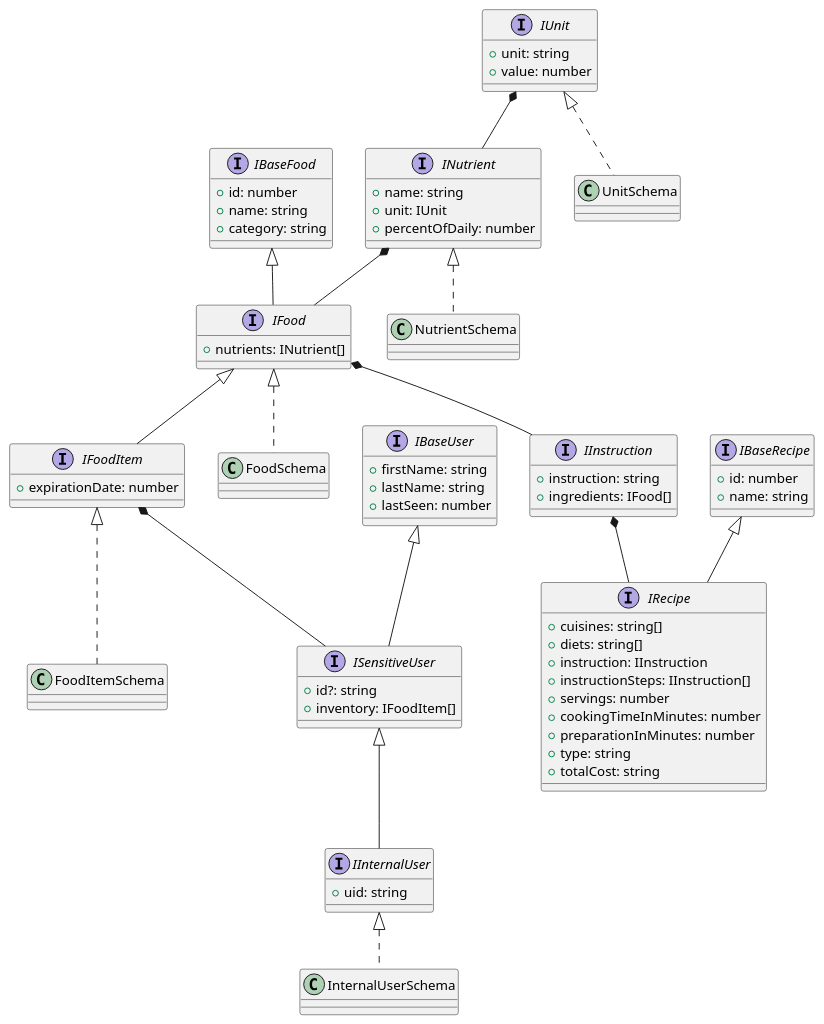
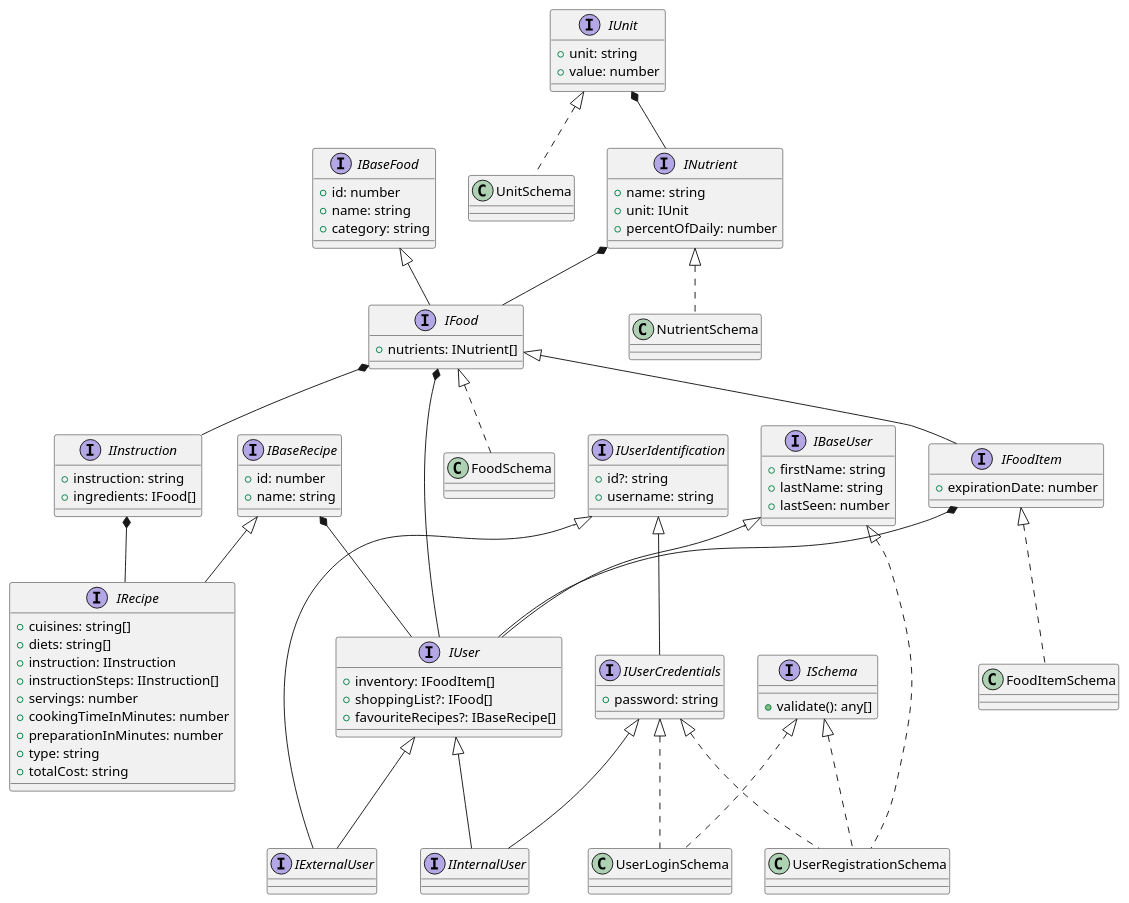
Before and after one commit to COP4331-LargeGroupProject-Fall22/backend: the diagram in DataModels.puml, drawn with PlantUML. The commit also changed 25 other files, not shown here.

```diff
--- a/DataModels.puml
+++ b/DataModels.puml
@@ -1,80 +1,101 @@
 @startuml DataModels
 interface IBaseFood {
     + id: number
     + name: string
     + category: string
 }
 
 interface IFood extends IBaseFood {
     + nutrients: INutrient[]
 }
 
 interface INutrient {
     + name: string
     + unit: IUnit
     + percentOfDaily: number
 }
 
 interface IUnit {
     + unit: string
     + value: number
 }
 
 interface IFoodItem extends IFood {
     + expirationDate: number
 }
 
 class FoodSchema implements IFood {}
 
 class FoodItemSchema implements IFoodItem {}
 
 class UnitSchema implements IUnit {}
 
 class NutrientSchema implements INutrient {}
 
 interface IBaseUser {
     + firstName: string
     + lastName: string
     + lastSeen: number
 }
 
-interface ISensitiveUser extends IBaseUser {
-    + id?: string
+interface IUser extends IBaseUser {
     + inventory: IFoodItem[]
+    + shoppingList?: IFood[]
+    + favouriteRecipes?: IBaseRecipe[]
 }
 
-interface IInternalUser extends ISensitiveUser {
-    + uid: string
+interface IUserIdentification {
+    + id?: string
+    + username: string
 }
 
-class InternalUserSchema implements IInternalUser {}
+interface IExternalUser extends IUserIdentification, IUser {
+
+}
+
+interface ISchema {
+    + validate(): any[]
+}
+
+interface IUserCredentials extends IUserIdentification {
+    + password: string
+}
+
+interface IInternalUser extends IUserCredentials, IUser {}
+
+class UserLoginSchema implements IUserCredentials, ISchema {}
+
+class UserRegistrationSchema implements IUserCredentials, IBaseUser, ISchema {}
 
 interface IBaseRecipe {
     + id: number
     + name: string
 }
 
 interface IRecipe extends IBaseRecipe {
     + cuisines: string[]
     + diets: string[] 
     + instruction: IInstruction
     + instructionSteps: IInstruction[]
     + servings: number
     + cookingTimeInMinutes: number
     + preparationInMinutes: number
     + type: string
     + totalCost: string
 }
 
 interface IInstruction {
     + instruction: string
     + ingredients: IFood[]
 }
 
+IFood *-- IUser
+IFoodItem *-- IUser
+IBaseRecipe *-- IUser
+
 IFood *-- IInstruction
 IInstruction *-- IRecipe
-IFoodItem *-- ISensitiveUser
 INutrient *-- IFood
 IUnit *-- INutrient
 
 @enduml
```
